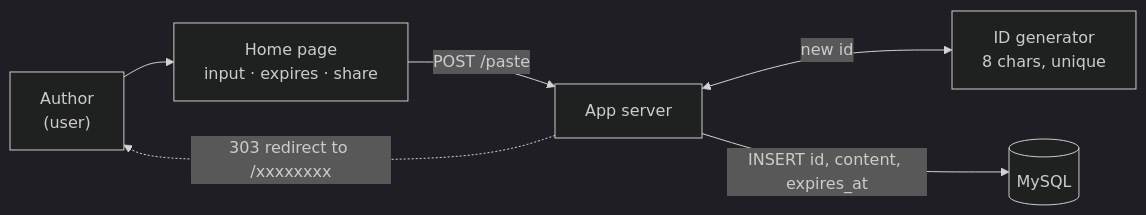
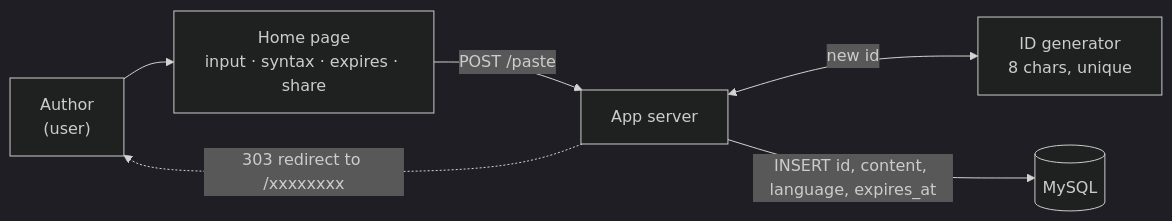
The first of 2 diagrams in README.md (bulutaysarac/pastebin), drawn with Mermaid (dark theme) before and after one commit. The commit also changed other lines of this file and 18 other files, not shown here.

````diff
--- a/README.md
+++ b/README.md
@@ -10,8 +10,8 @@
 ```mermaid
 flowchart LR
-    Author["Author<br/>(user)"] --> Home["Home page<br/>input · expires · share"]
+    Author["Author<br/>(user)"] --> Home["Home page<br/>input · syntax · expires · share"]
     Home -->|"POST /paste"| App["App server"]
     App <-->|"new id"| IDGen["ID generator<br/>8 chars, unique"]
-    App -->|"INSERT id, content, expires_at"| DB[("MySQL")]
+    App -->|"INSERT id, content, language, expires_at"| DB[("MySQL")]
     App -.->|"303 redirect to /xxxxxxxx"| Author
 ```
````
